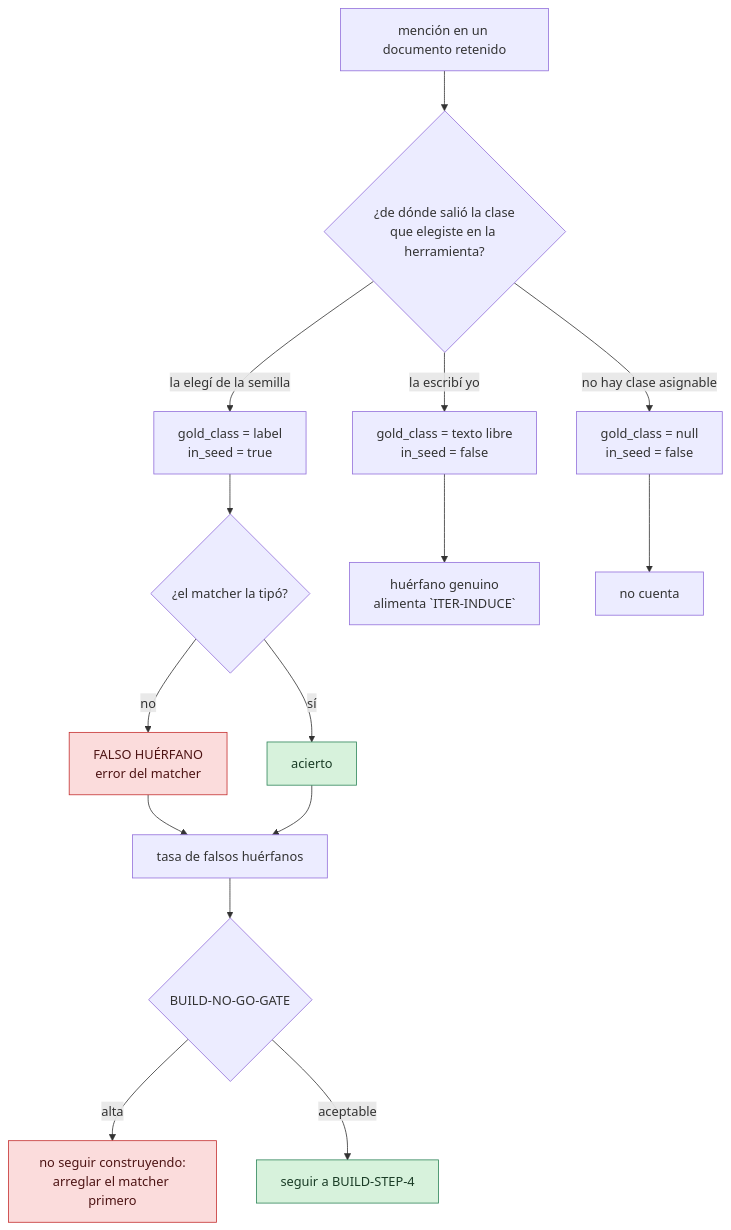
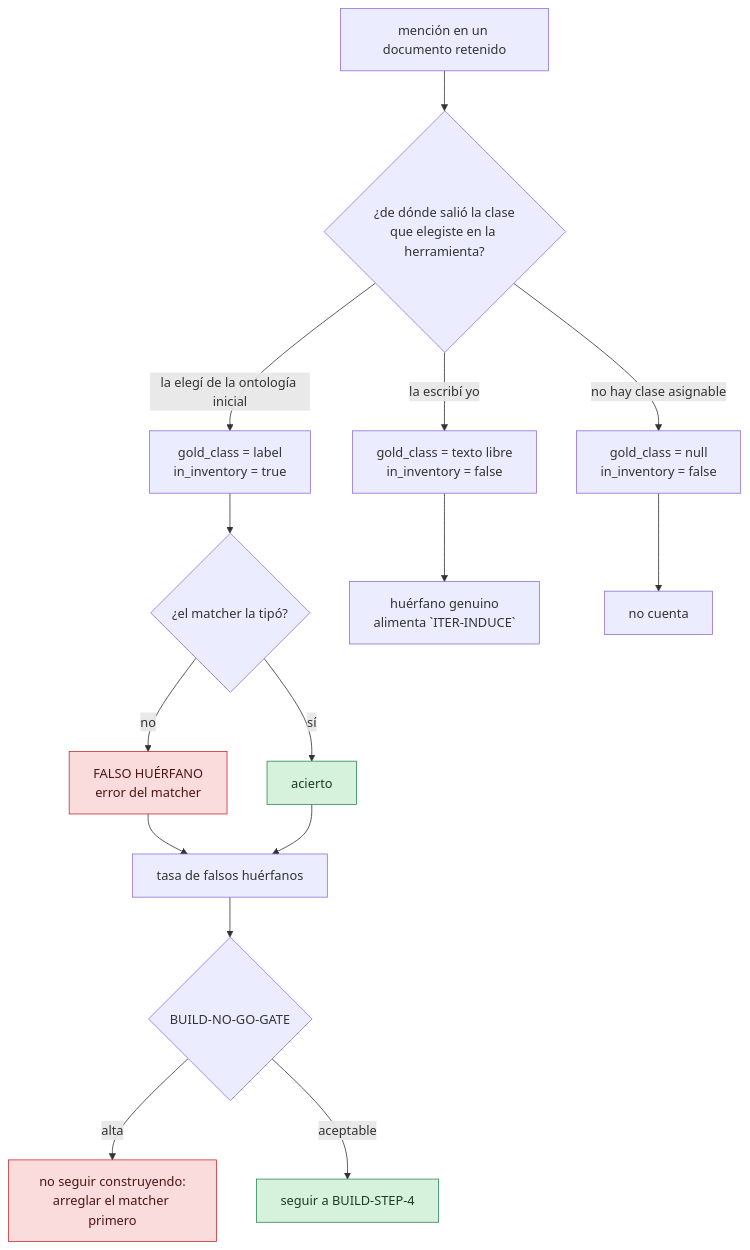
One commit to gonzatorte/ontology_and_llm_pipeline changed the third of 3 diagrams in README.md. Above: the diagram before and after it, drawn with Mermaid. The commit also changed other lines of this file and 37 other files, not shown here.

First line of the commit message:
refactor(core)!: «semilla» pasa a llamarse «ontología inicial»

````diff
--- a/README.md
+++ b/README.md
@@ -1041,24 +1041,24 @@
 ```mermaid
 flowchart TB
   M["mención en un documento retenido"] --> Q{"¿de dónde salió la clase<br/>que elegiste en la herramienta?"}
-  Q -->|"la elegí de la semilla"| S["gold_class = label<br/>in_seed = true"]
-  Q -->|"la escribí yo"| N["gold_class = texto libre<br/>in_seed = false"]
-  Q -->|"no hay clase asignable"| X["gold_class = null<br/>in_seed = false"]
+  Q -->|"la elegí de la ontología inicial"| S["gold_class = label<br/>in_inventory = true"]
+  Q -->|"la escribí yo"| N["gold_class = texto libre<br/>in_inventory = false"]
+  Q -->|"no hay clase asignable"| X["gold_class = null<br/>in_inventory = false"]
 
   S --> R{"¿el matcher la tipó?"}
   R -->|"sí"| HIT["acierto"]
   R -->|"no"| FO["FALSO HUÉRFANO<br/>error del matcher"]
   N --> GO["huérfano genuino<br/>alimenta `ITER-INDUCE`"]
   X --> NC["no cuenta"]
 
   FO --> RATE["tasa de falsos huérfanos"]
   HIT --> RATE
   RATE --> GATE{"`BUILD-NO-GO-GATE`"}
   GATE -->|"alta"| STOP["no seguir construyendo:<br/>arreglar el matcher primero"]
   GATE -->|"aceptable"| GO2["seguir a BUILD-STEP-4"]
 
   classDef bad fill:#fbdcdc,stroke:#c53030,color:#4d1414
   classDef good fill:#d7f2dc,stroke:#2f855a,color:#1a3c26
   class FO,STOP bad
   class HIT,GO2 good
 ```
````
